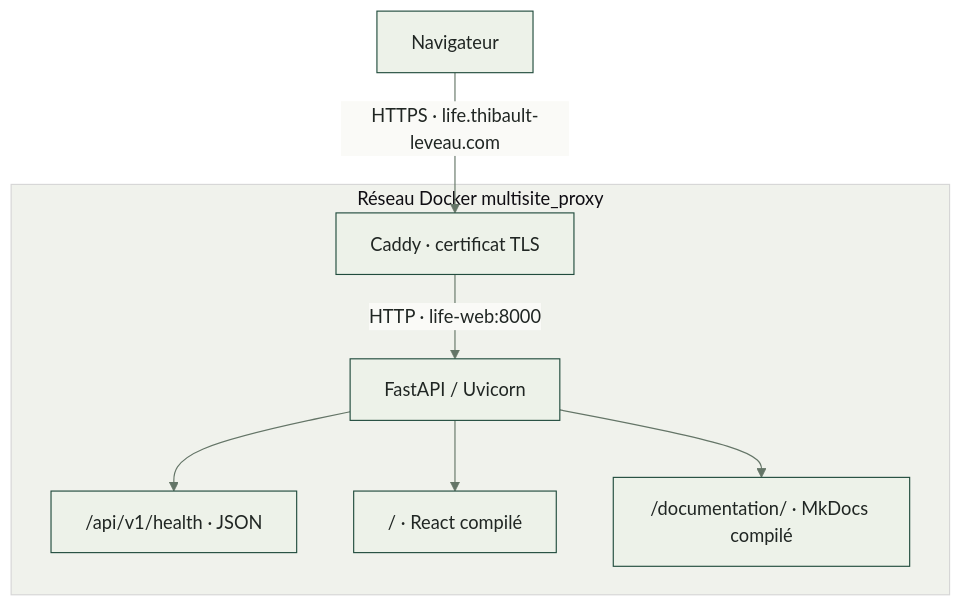
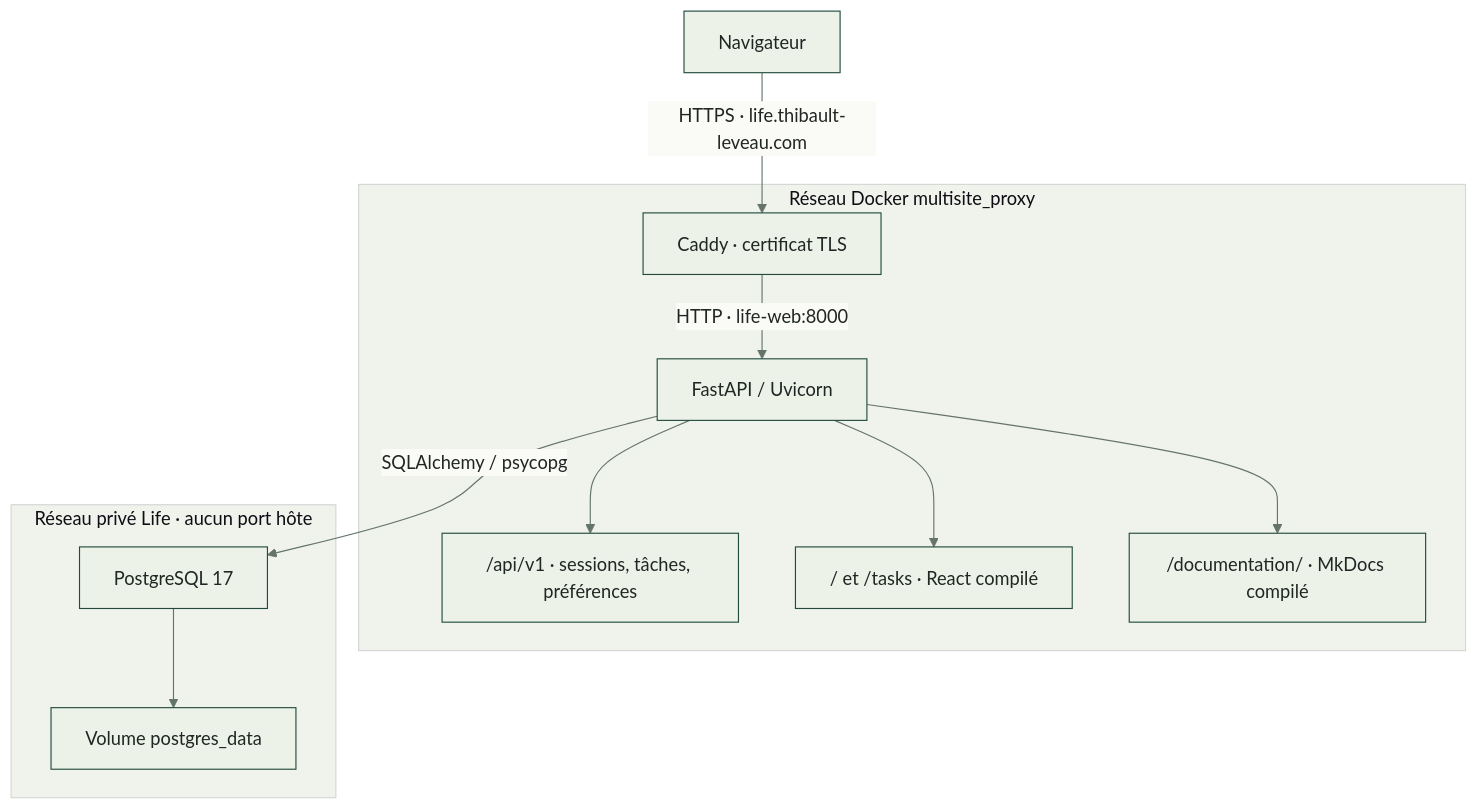
One commit to ThibaultLeveau/life.thibault-leveau.com changed the diagram in docs/assets/diagrams/production.mmd. Above: the diagram before and after it, drawn with Mermaid. The commit also changed 91 other files, not shown here.

```diff
--- a/docs/assets/diagrams/production.mmd
+++ b/docs/assets/diagrams/production.mmd
@@ -1,20 +1,24 @@
 ---
 config:
   theme: base
   themeVariables:
     primaryColor: '#edf2e9'
     primaryTextColor: '#202623'
     primaryBorderColor: '#214c3d'
     lineColor: '#647567'
     secondaryColor: '#fafaf7'
     tertiaryColor: '#f0f2ec'
     fontFamily: 'Arial, sans-serif'
 ---
 flowchart TD
     browser["Navigateur"] -->|"HTTPS · life.thibault-leveau.com"| proxy["Caddy · certificat TLS"]
     subgraph network["Réseau Docker multisite_proxy"]
       proxy -->|"HTTP · life-web:8000"| app["FastAPI / Uvicorn"]
-      app --> api["/api/v1/health · JSON"]
-      app --> front["/ · React compilé"]
+      app --> api["/api/v1 · sessions, tâches, préférences"]
+      app --> front["/ et /tasks · React compilé"]
       app --> docs["/documentation/ · MkDocs compilé"]
     end
+    subgraph private["Réseau privé Life · aucun port hôte"]
+      app -->|"SQLAlchemy / psycopg"| db["PostgreSQL 17"]
+      db --> volume["Volume postgres_data"]
+    end
```
